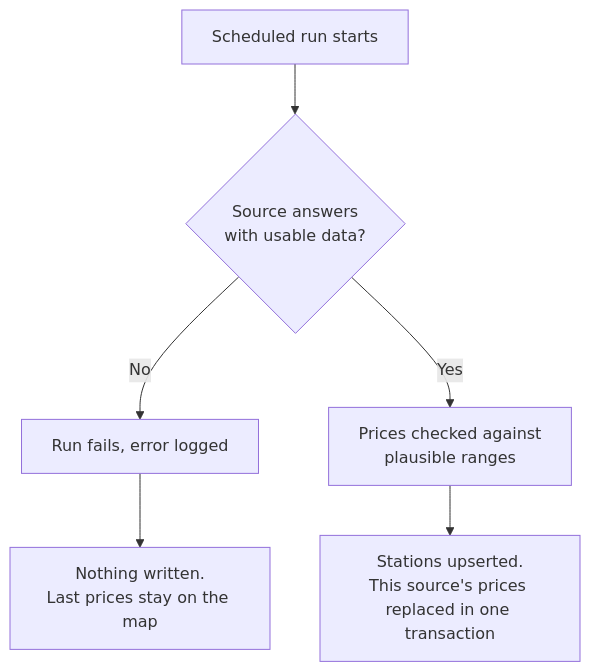
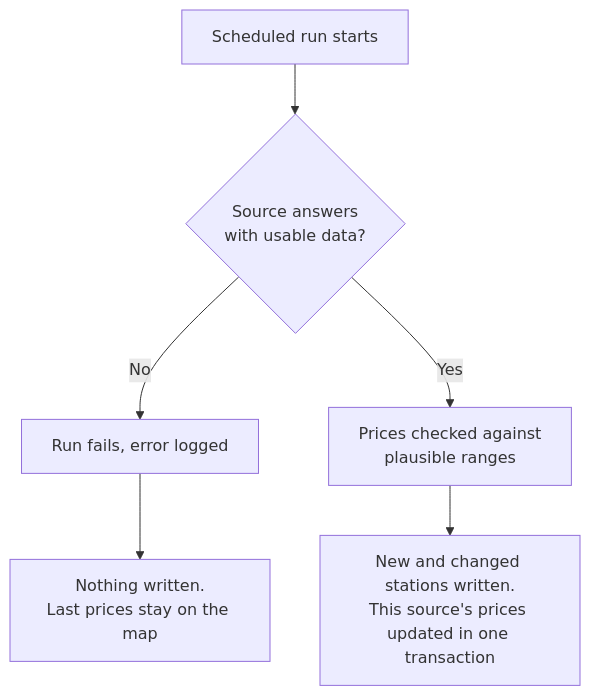
Before and after one commit to GeiserX/Pumperly: the diagram in docs/data/coverage.md, drawn with Mermaid. The commit also changed 35 other files, not shown here.

First line of the commit message:
perf(scrapers): stop rewriting unchanged prices and stations on every run

````diff
--- a/docs/data/coverage.md
+++ b/docs/data/coverage.md
@@ -156,8 +156,8 @@
 ```mermaid
 flowchart TD
     A[Scheduled run starts] --> B{Source answers<br>with usable data?}
     B -- No --> C[Run fails, error logged]
     C --> D[Nothing written.<br>Last prices stay on the map]
     B -- Yes --> E[Prices checked against<br>plausible ranges]
-    E --> F[Stations upserted.<br>This source's prices replaced in one transaction]
+    E --> F[New and changed stations written.<br>This source's prices updated in one transaction]
 ```
````
